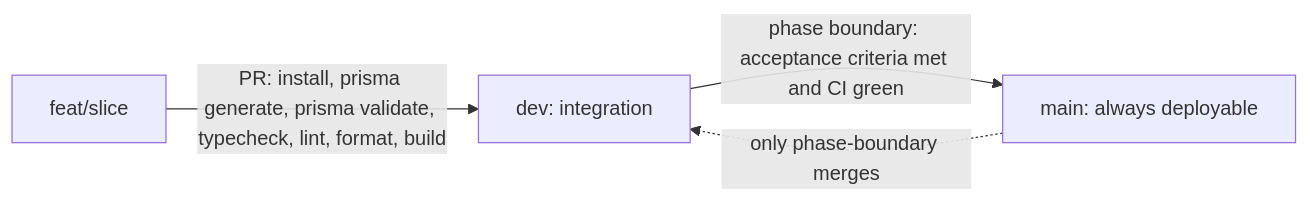
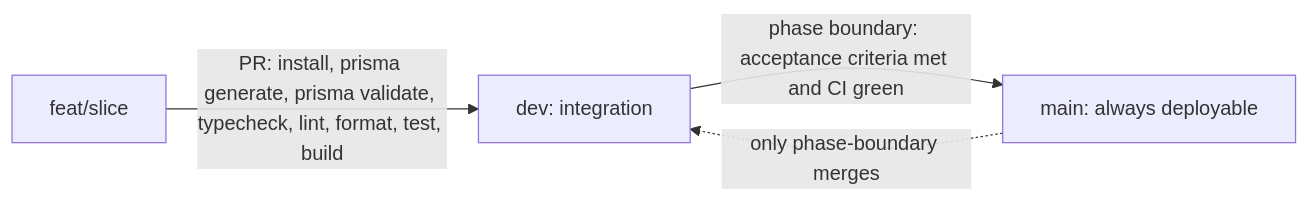
Before and after one commit to arockiasachin/ai-assessment-platform: the diagram in docs/development-workflow.md, drawn with Mermaid. The commit also changed other lines of this file and 17 other files, not shown here.

````diff
--- a/docs/development-workflow.md
+++ b/docs/development-workflow.md
@@ -18,6 +18,6 @@
 ```mermaid
 flowchart LR
-  featNode["feat/slice"] -->|"PR: install, prisma generate, prisma validate, typecheck, lint, format, build"| devNode["dev: integration"]
+  featNode["feat/slice"] -->|"PR: install, prisma generate, prisma validate, typecheck, lint, format, test, build"| devNode["dev: integration"]
   devNode -->|"phase boundary: acceptance criteria met and CI green"| mainNode["main: always deployable"]
   mainNode -.->|"only phase-boundary merges"| devNode
 ```
````
